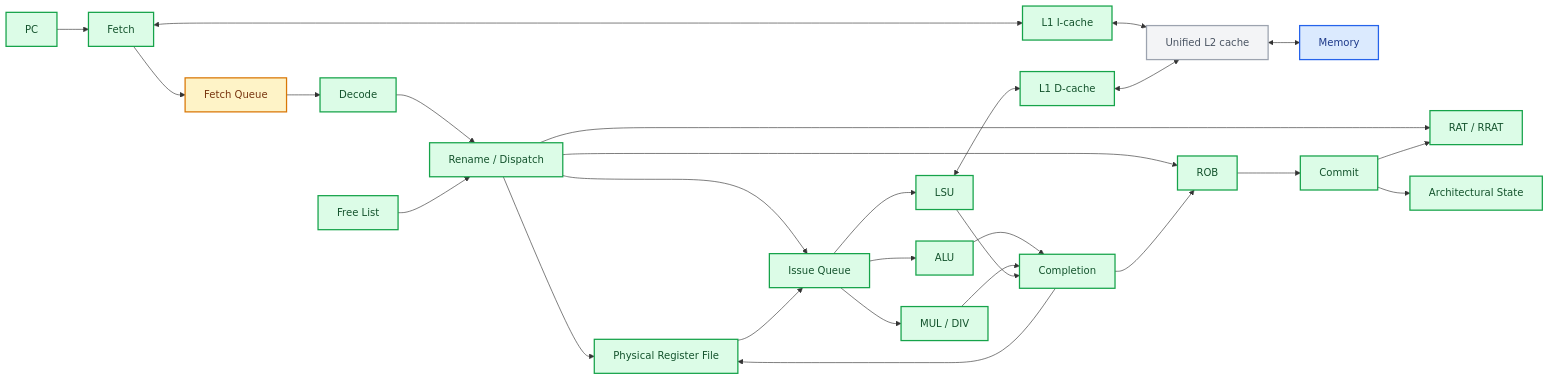
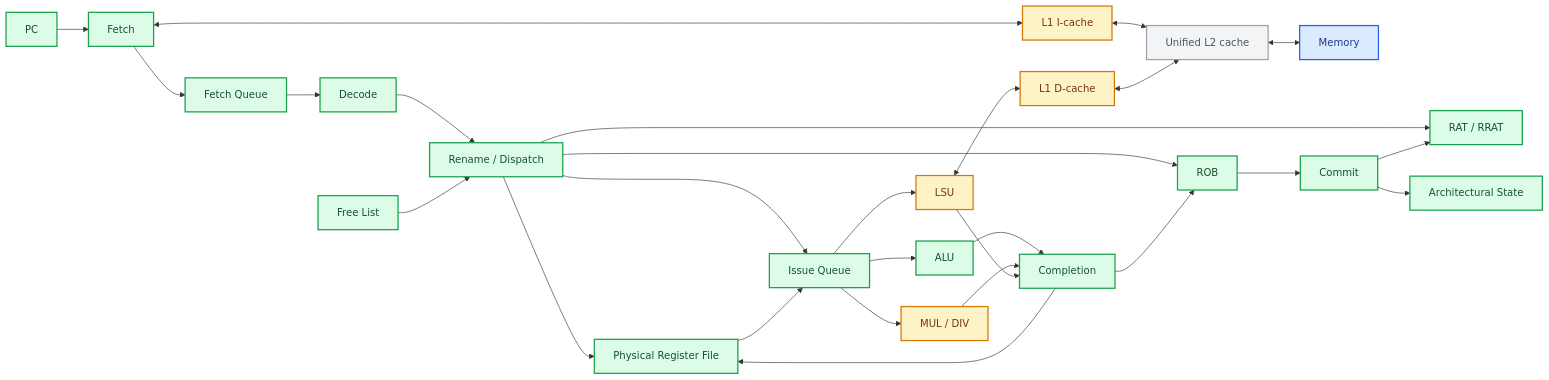
Before and after one commit to JustinYYZ/rv32im-research-core: the first of 2 diagrams in README.md, drawn with Mermaid. The commit also changed other lines of this file and 20 other files, not shown here.

Commit message:
feat: integrate out-of-order control flow and precise traps

````diff
--- a/README.md
+++ b/README.md
@@ -46,37 +46,37 @@
 ```mermaid
 flowchart LR
     PC --> FETCH[Fetch]
     FETCH <--> L1I["L1 I-cache"]
     L1I <--> L2["Unified L2 cache"]
     L2 <--> MEM[Memory]
     FETCH --> FQ["Fetch Queue"]
     FQ --> DECODE[Decode]
     DECODE --> RENAME["Rename / Dispatch"]
     RENAME --> RAT["RAT / RRAT"]
     FL["Free List"] --> RENAME
     RENAME --> PRF["Physical Register File"]
     RENAME --> ROB[ROB]
     RENAME --> IQ["Issue Queue"]
     PRF --> IQ
     IQ --> ALU[ALU]
     IQ --> MULDIV["MUL / DIV"]
     IQ --> LSU[LSU]
     LSU <--> L1D["L1 D-cache"]
     L1D <--> L2
     ALU --> COMPLETE[Completion]
     MULDIV --> COMPLETE
     LSU --> COMPLETE
     COMPLETE --> PRF
     COMPLETE --> ROB
     ROB --> COMMIT[Commit]
     COMMIT --> RAT
     COMMIT --> ARF["Architectural State"]
     classDef implemented fill:#dcfce7,stroke:#16a34a,color:#14532d,stroke-width:2px
     classDef partial fill:#fef3c7,stroke:#d97706,color:#78350f,stroke-width:2px
     classDef planned fill:#f3f4f6,stroke:#9ca3af,color:#4b5563,stroke-width:2px
     classDef external fill:#dbeafe,stroke:#2563eb,color:#1e3a8a,stroke-width:2px
-    class PC,FETCH,L1I,L1D,DECODE,ALU,MULDIV,LSU,COMMIT,ARF,ROB,PRF,RAT,FL,IQ,RENAME,COMPLETE implemented
-    class FQ partial
+    class PC,FETCH,FQ,DECODE,ALU,COMMIT,ARF,ROB,PRF,RAT,FL,IQ,RENAME,COMPLETE implemented
+    class L1I,L1D,MULDIV,LSU partial
     class L2 planned
     class MEM external
 ```
````
